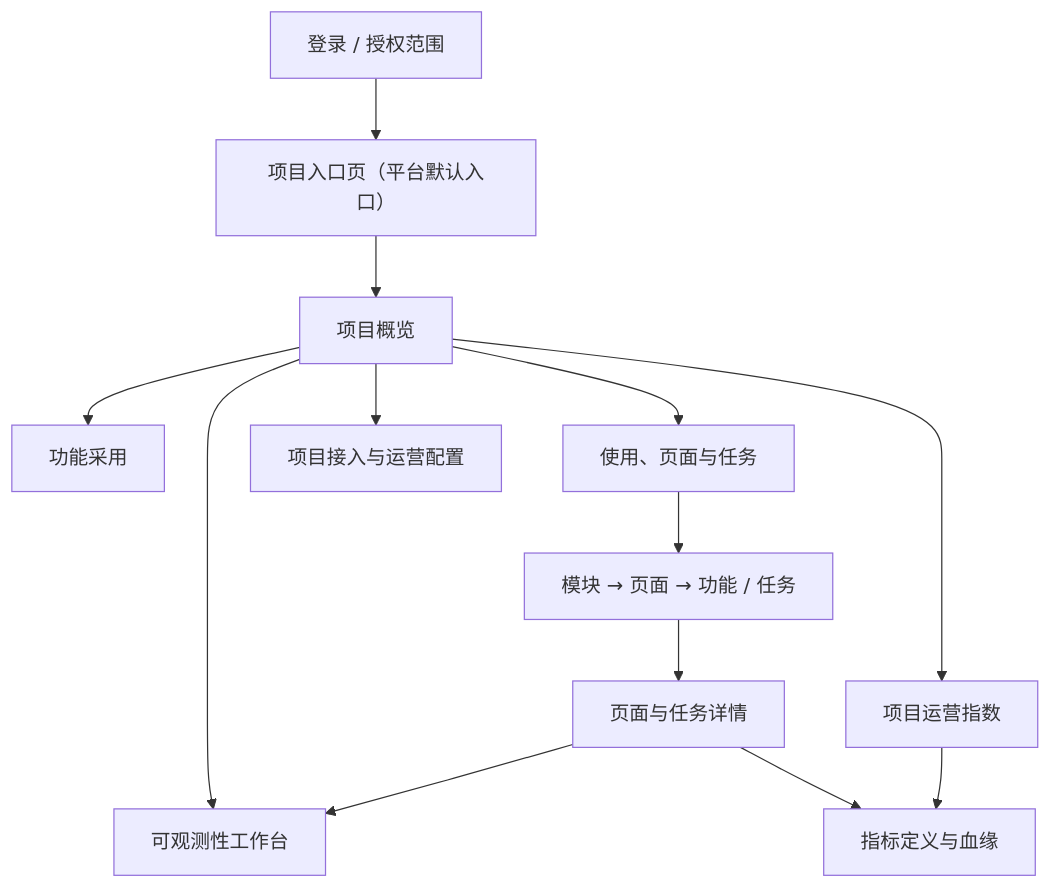
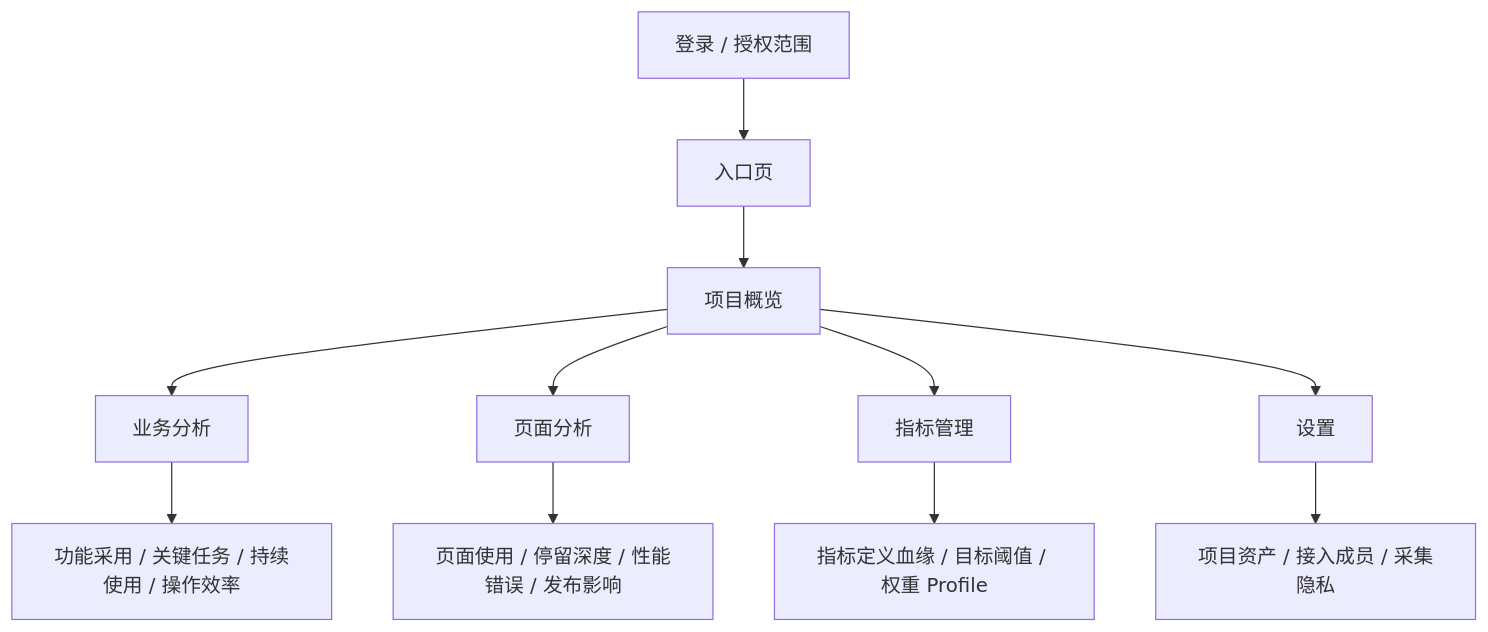
One commit to captainamari/frontend-insight changed the second of 3 diagrams in docs/product/requirements-v1.7.md. Above: the diagram before and after it, drawn with Mermaid. The commit also changed other lines of this file, not shown here.

````diff
--- a/docs/product/requirements-v1.7.md
+++ b/docs/product/requirements-v1.7.md
@@ -361,15 +373,13 @@
 ```mermaid
 flowchart TD
-    R["登录 / 授权范围"] --> P["项目入口页（平台默认入口）"]
+    R["登录 / 授权范围"] --> P["入口页"]
     P --> O["项目概览"]
-    O --> A["功能采用"]
-    O --> U["使用、页面与任务"]
-    O --> I["项目运营指数"]
-    O --> B["可观测性工作台"]
-    O --> C["项目接入与运营配置"]
-    U --> E["模块 → 页面 → 功能 / 任务"]
-    E --> D["页面与任务详情"]
-    D --> B
-    D --> L["指标定义与血缘"]
-    I --> L
+    O --> BA["业务分析"]
+    O --> PA["页面分析"]
+    O --> MM["指标管理"]
+    O --> ST["设置"]
+    BA --> BF["功能采用 / 关键任务 / 持续使用 / 操作效率"]
+    PA --> PF["页面使用 / 停留深度 / 性能错误 / 发布影响"]
+    MM --> MF["指标定义血缘 / 目标阈值 / 权重 Profile"]
+    ST --> SF["项目资产 / 接入成员 / 采集隐私"]
 ```
````
